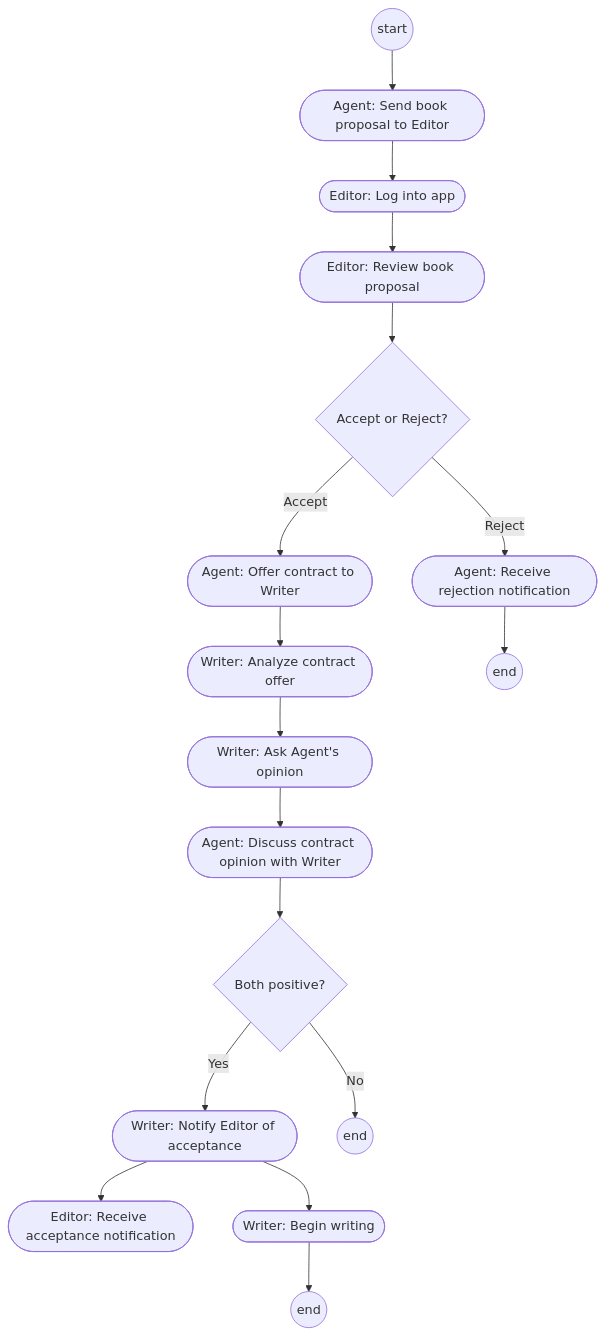
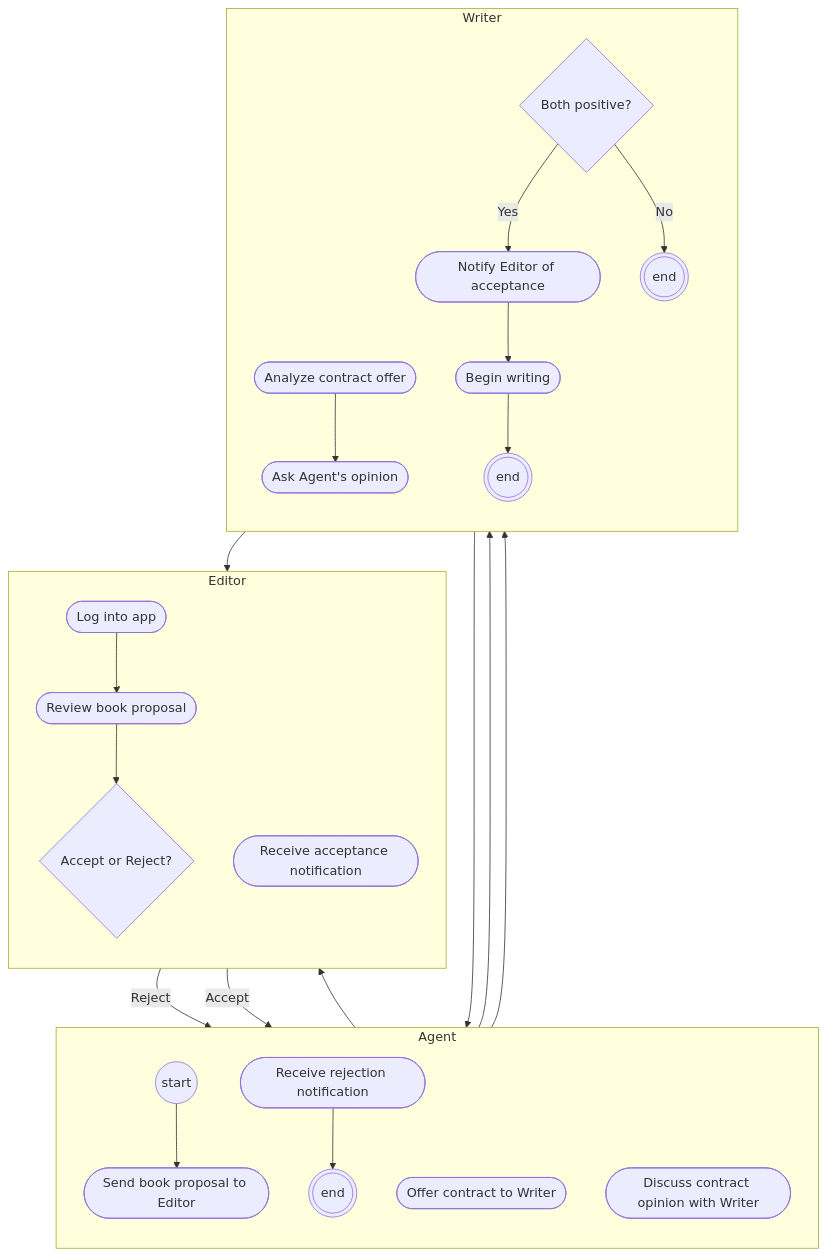
Before and after one commit to sharzilnfz/471: the diagram in study_materials/06_Activity_Sarah_Editor.md, drawn with Mermaid. The commit also changed 8 other files, not shown here.

Commit message:
feat: rewrite all activity diagrams with proper swimlane subgraphs

````diff
--- a/study_materials/06_Activity_Sarah_Editor.md
+++ b/study_materials/06_Activity_Sarah_Editor.md
@@ -52,49 +52,48 @@
 ```mermaid
 graph TD
-    Start((start)) --> A1
-    
-    A1(["Agent: Send book proposal to Editor"])
-    A2(["Agent: Receive rejection notification"])
-    A3(["Agent: Offer contract to Writer"])
-    A4(["Agent: Discuss contract opinion with Writer"])
-    
-    S1(["Editor: Log into app"])
-    S2(["Editor: Review book proposal"])
-    D_Sarah{"Accept or Reject?"}
-    S3(["Editor: Receive acceptance notification"])
-    
-    W1(["Writer: Analyze contract offer"])
-    W2(["Writer: Ask Agent's opinion"])
-    D_Both{"Both positive?"}
-    W3(["Writer: Notify Editor of acceptance"])
-    W4(["Writer: Begin writing"])
-    
-    %% Agent starts by sending proposal
+    subgraph Agent [Agent]
+        direction TB
+        Start((start))
+        A1([Send book proposal to Editor])
+        A2([Receive rejection notification])
+        End1(((end)))
+        A3([Offer contract to Writer])
+        A4([Discuss contract opinion with Writer])
+    end
+
+    subgraph Editor [Editor]
+        direction TB
+        S1([Log into app])
+        S2([Review book proposal])
+        D_Sarah{Accept or Reject?}
+        S3([Receive acceptance notification])
+    end
+
+    subgraph Writer [Writer]
+        direction TB
+        W1([Analyze contract offer])
+        W2([Ask Agent's opinion])
+        D_Both{Both positive?}
+        W3([Notify Editor of acceptance])
+        W4([Begin writing])
+        End2(((end)))
+        End3(((end)))
+    end
+
+    Start --> A1
     A1 --> S1
-    
-    %% Sarah's process
     S1 --> S2
     S2 --> D_Sarah
-    
-    %% Rejection Path
     D_Sarah -->|Reject| A2
-    A2 --> End1((end))
-    
-    %% Acceptance Path
+    A2 --> End1
     D_Sarah -->|Accept| A3
-    
-    %% Contract Negotiation
     A3 --> W1
     W1 --> W2
     W2 --> A4
     A4 --> D_Both
-    
-    %% Final Decision
     D_Both -->|Yes| W3
     W3 --> S3
     W3 --> W4
-    W4 --> End2((end))
-    
-    %% If not positive, it ends (implied)
-    D_Both -->|No| End3((end))
+    W4 --> End2
+    D_Both -->|No| End3
 ```
````
